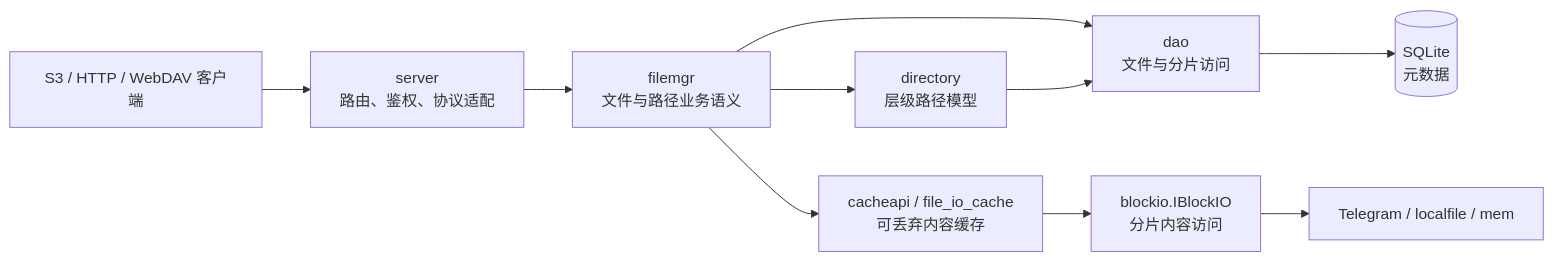
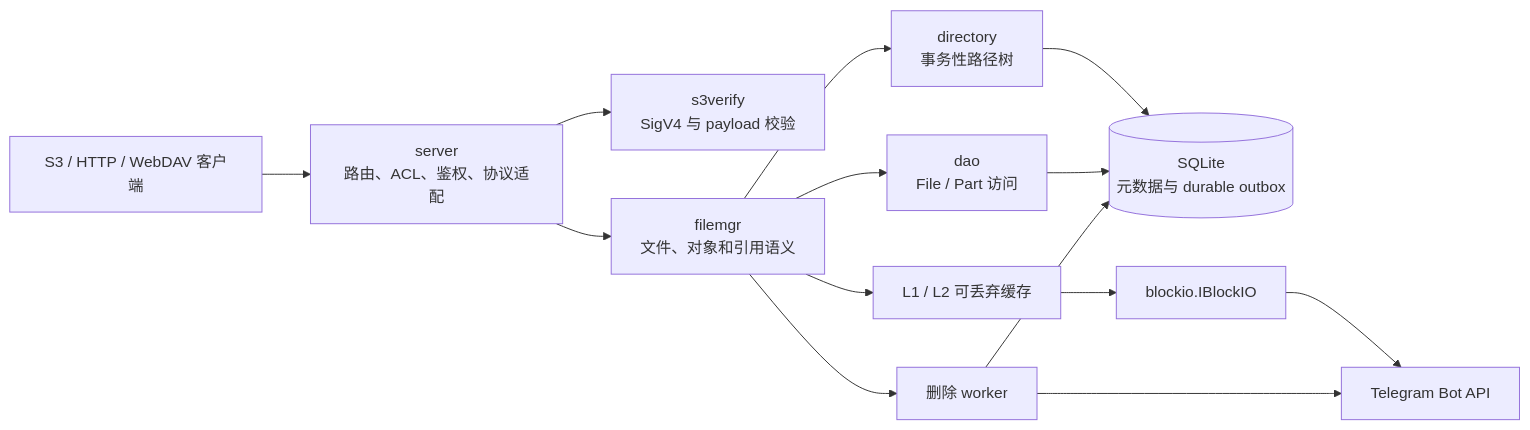
Before and after one commit to xxxsen/tgfile: the diagram in docs/01-architecture.md, drawn with Mermaid. The commit also changed other lines of this file and 59 other files, not shown here.

````diff
--- a/docs/01-architecture.md
+++ b/docs/01-architecture.md
@@ -23,12 +24,16 @@
 ```mermaid
 flowchart LR
-    Client["S3 / HTTP / WebDAV 客户端"] --> Server["server<br/>路由、鉴权、协议适配"]
-    Server --> FM["filemgr<br/>文件与路径业务语义"]
-    FM --> Directory["directory<br/>层级路径模型"]
-    FM --> DAO["dao<br/>文件与分片访问"]
-    Directory --> DAO
-    DAO --> SQLite[("SQLite<br/>元数据")]
-    FM --> Cache["cacheapi / file_io_cache<br/>可丢弃内容缓存"]
-    Cache --> BlockIO["blockio.IBlockIO<br/>分片内容访问"]
-    BlockIO --> Backend["Telegram / localfile / mem"]
+    Client["S3 / HTTP / WebDAV 客户端"] --> Server["server<br/>路由、ACL、鉴权、协议适配"]
+    Server --> Verify["s3verify<br/>SigV4 与 payload 校验"]
+    Server --> FM["filemgr<br/>文件、对象和引用语义"]
+    FM --> Directory["directory<br/>事务性路径树"]
+    FM --> DAO["dao<br/>File / Part 访问"]
+    Directory --> SQLite[("SQLite<br/>元数据与 durable outbox")]
+    DAO --> SQLite
+    FM --> Cache["L1 / L2 可丢弃缓存"]
+    Cache --> BlockIO["blockio.IBlockIO"]
+    BlockIO --> Telegram["Telegram Bot API"]
+    FM --> Worker["删除 worker"]
+    Worker --> SQLite
+    Worker --> Telegram
 ```
````
